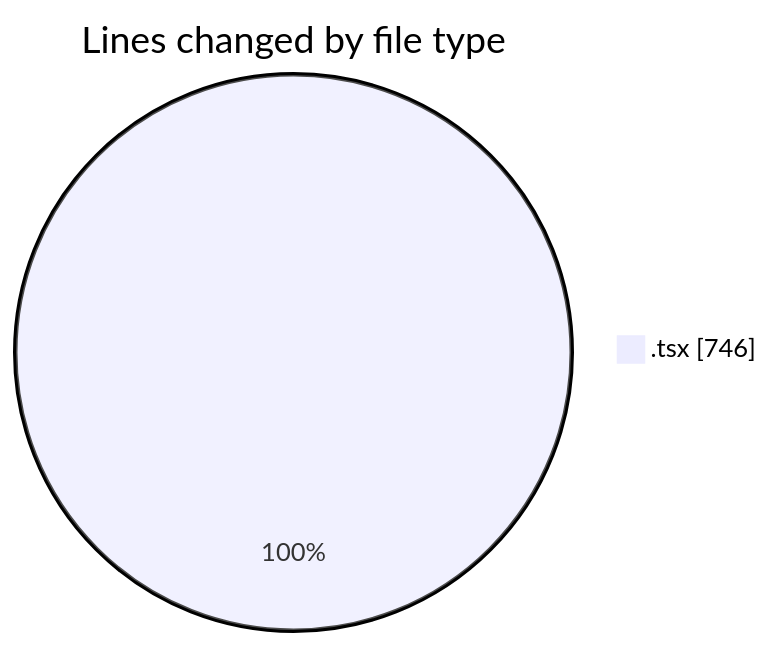
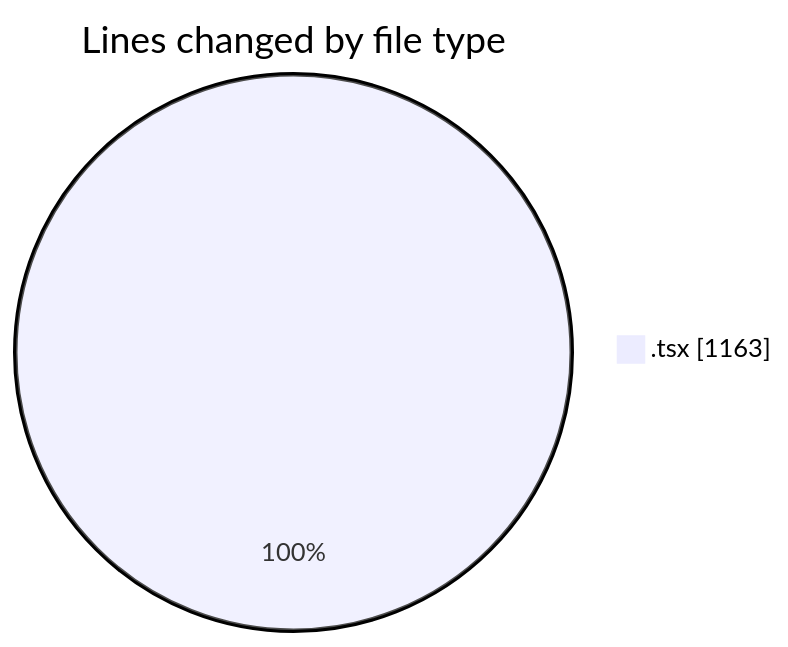
One commit to Ritupan-Deka/code-tracking changed the first of 2 diagrams in 2025-10-19/scopecraft/README.md. Above: the diagram before and after it, drawn with Mermaid. The commit also changed other lines of this file and 1 other file, not shown here.

````diff
--- a/2025-10-19/scopecraft/README.md
+++ b/2025-10-19/scopecraft/README.md
@@ -24,5 +25,5 @@
 ```mermaid
 pie showData
 title Lines changed by file type
-".tsx" : 746
+".tsx" : 1163
 ```
````
